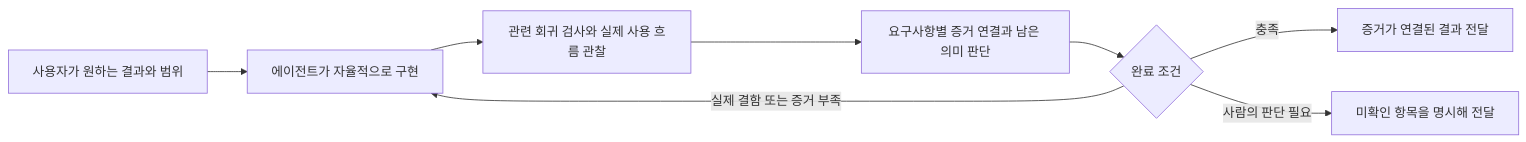
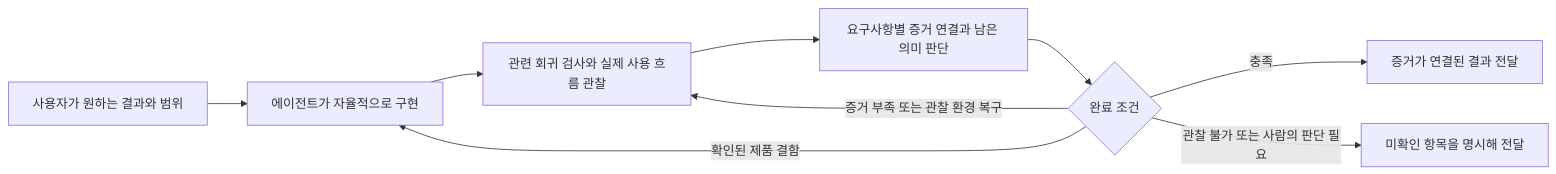
One commit to yansfil/sasu changed the diagram in docs/audits/2026-09-08-verification-overhead.md. Above: the diagram before and after it, drawn with Mermaid. The commit also changed other lines of this file and 1 other file, not shown here.

````diff
--- a/docs/audits/2026-09-08-verification-overhead.md
+++ b/docs/audits/2026-09-08-verification-overhead.md
@@ -59,10 +176,11 @@
 ```mermaid
 flowchart LR
     A[사용자가 원하는 결과와 범위] --> B[에이전트가 자율적으로 구현]
     B --> C[관련 회귀 검사와 실제 사용 흐름 관찰]
     C --> D[요구사항별 증거 연결과 남은 의미 판단]
     D --> E{완료 조건}
     E -->|충족| F[증거가 연결된 결과 전달]
-    E -->|실제 결함 또는 증거 부족| B
-    E -->|사람의 판단 필요| G[미확인 항목을 명시해 전달]
+    E -->|확인된 제품 결함| B
+    E -->|증거 부족 또는 관찰 환경 복구| C
+    E -->|관찰 불가 또는 사람의 판단 필요| G[미확인 항목을 명시해 전달]
 ```
````
